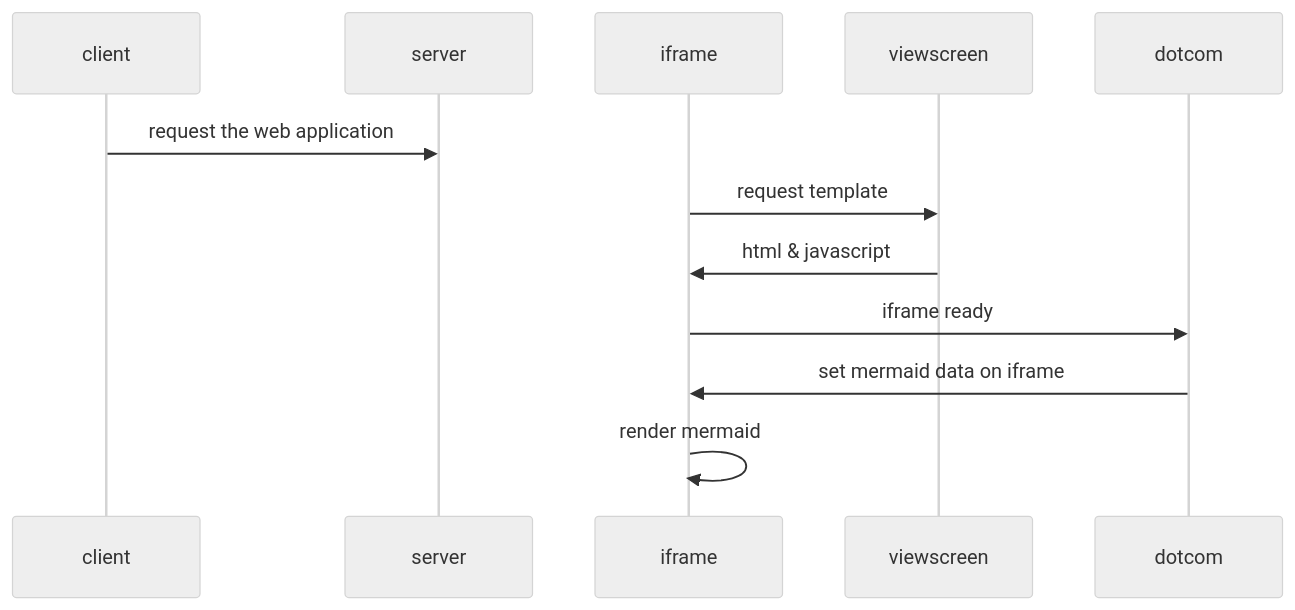
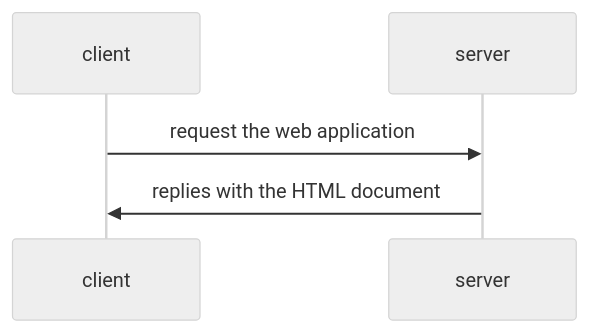
One commit to theDapperFoxtrot/fullstackopen-part0-exercises changed the diagram in README.md. Above: the diagram before and after it, drawn with Mermaid (neutral theme).

````diff
--- a/README.md
+++ b/README.md
@@ -3,11 +3,7 @@
 ```mermaid
 sequenceDiagram
     participant client
     participant server
     client->>server: request the web application
-    iframe->>viewscreen: request template
-    viewscreen->>iframe: html & javascript
-    iframe->>dotcom: iframe ready
-    dotcom->>iframe: set mermaid data on iframe
-    iframe->>iframe: render mermaid
+    server->>client: replies with the HTML document
 ```
````
